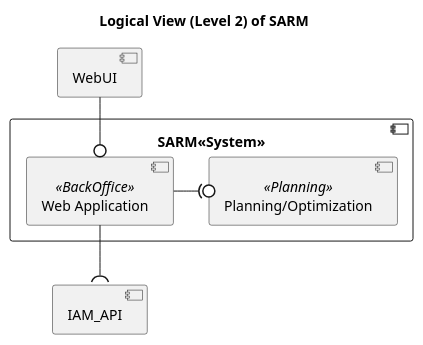
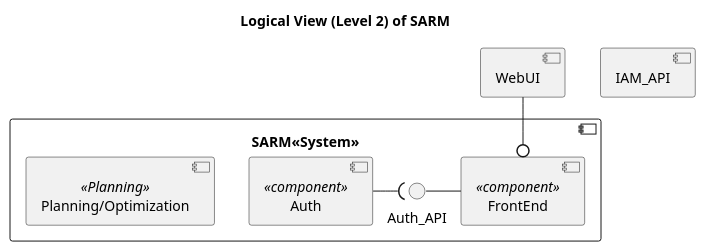
Before and after one commit to Saquinho74/LAPR5: the diagram in Docs/SprintA/global_artifacts/level2/logicalViewLevel2.puml, drawn with PlantUML. The commit also changed 2 other files, not shown here.

```diff
--- a/Docs/SprintA/global_artifacts/level2/logicalViewLevel2.puml
+++ b/Docs/SprintA/global_artifacts/level2/logicalViewLevel2.puml
@@ -1,24 +1,29 @@
 @startuml
 'https://plantuml.com/component-diagram
 
 title "Logical View (Level 2) of SARM"
 
 component "IAM_API" as IAM_API
 component "WebUI" as WebUI 
 
 component SARM<<System>> as SARM{
-    component "Web Application" <<BackOffice>> as BO
+    component "FrontEnd" <<component>> as FE
+    component "Auth" <<component>> as Auth
     component "Planning/Optimization" <<Planning>> as PO
  
- WebUI -down-0 BO 
- BO -right-(0 PO
- BO -down-( IAM_API
+ WebUI -down-0 FE 
+
+
+Auth_API - FE
+"Auth" -( Auth_API
+
+
  
  
  }
 
 
 
 
 
 @enduml
```
